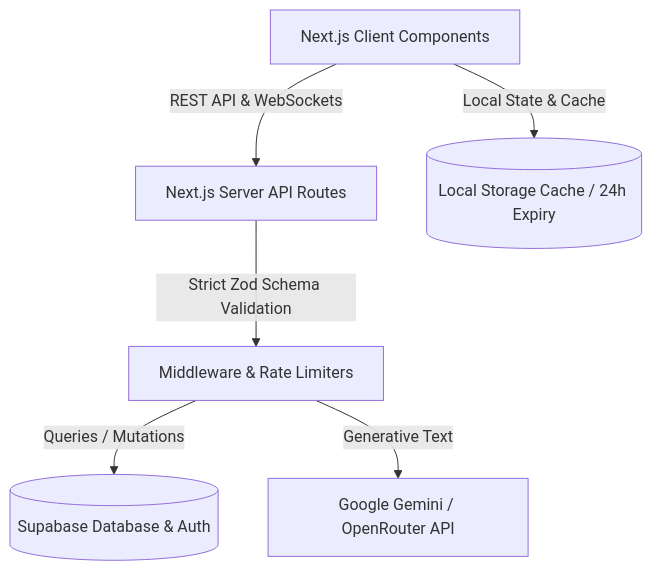
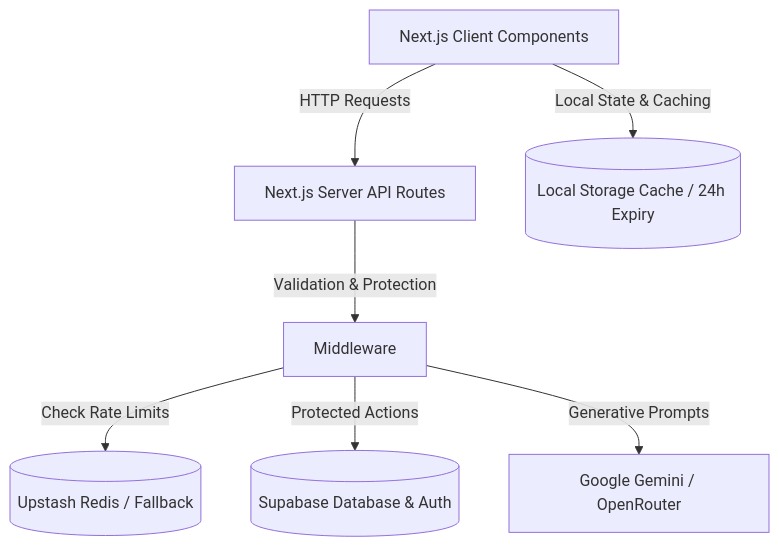
The diagram in README.md (pd585/EcoVerse-ai), drawn with Mermaid before and after one commit. The commit also changed other lines of this file and 15 other files, not shown here.

````diff
--- a/README.md
+++ b/README.md
@@ -69,8 +70,9 @@
 ```mermaid
 graph TD
-    Client[Next.js Client Components] -->|REST API & WebSockets| API[Next.js Server API Routes]
-    API -->|Strict Zod Schema Validation| Middle[Middleware & Rate Limiters]
-    Middle -->|Queries / Mutations| Supa[(Supabase Database & Auth)]
-    Middle -->|Generative Text| LLM[Google Gemini / OpenRouter API]
-    Client -->|Local State & Cache| Storage[(Local Storage Cache / 24h Expiry)]
+    Client[Next.js Client Components] -->|HTTP Requests| API[Next.js Server API Routes]
+    API -->|Validation & Protection| Middle[Middleware]
+    Middle -->|Check Rate Limits| Redis[(Upstash Redis / Fallback)]
+    Middle -->|Protected Actions| Supa[(Supabase Database & Auth)]
+    Middle -->|Generative Prompts| LLM[Google Gemini / OpenRouter]
+    Client -->|Local State & Caching| Storage[(Local Storage Cache / 24h Expiry)]
 ```
````
